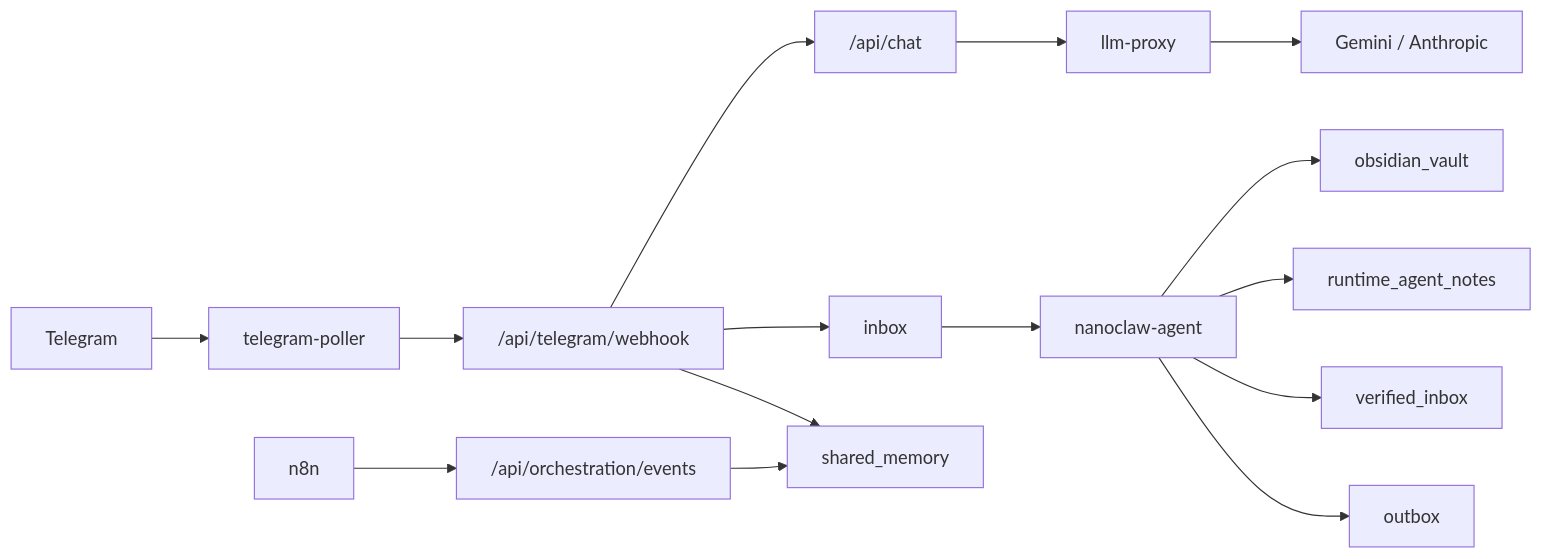
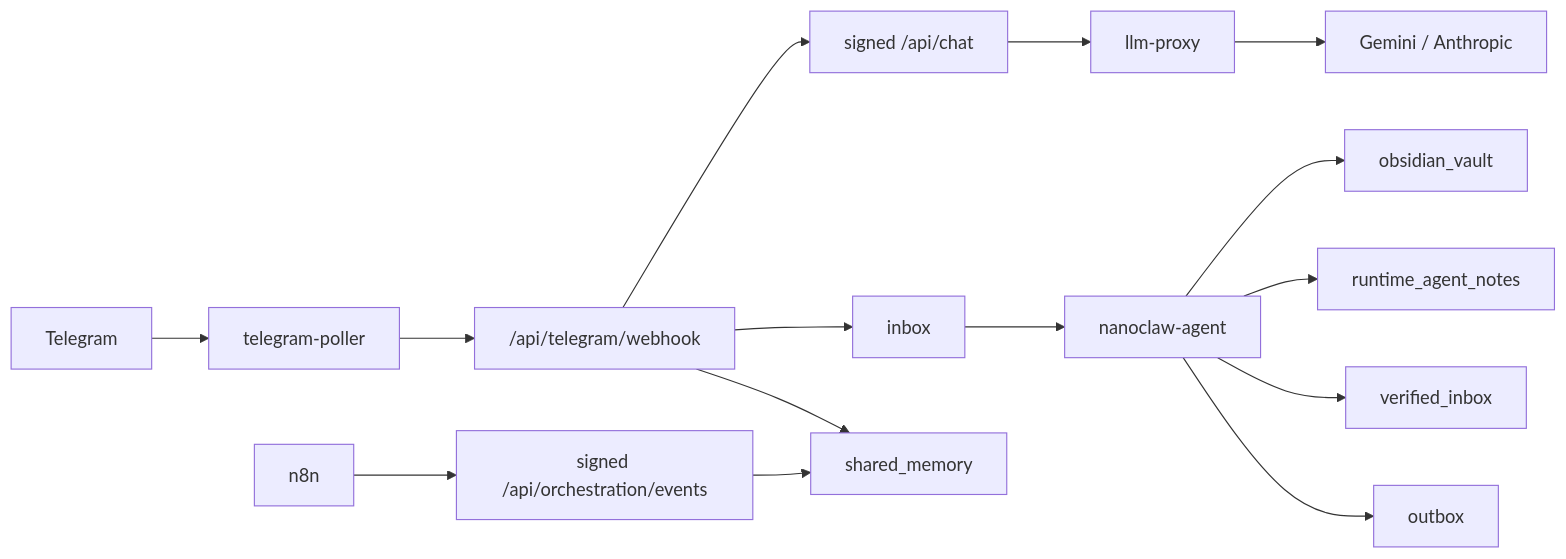
Before and after one commit to Merchantlee99/Personal-AI-agent-v2: the diagram in docs/IMPLEMENTATION_COVERAGE.md, drawn with Mermaid. The commit also changed other lines of this file and 8 other files, not shown here.

````diff
--- a/docs/IMPLEMENTATION_COVERAGE.md
+++ b/docs/IMPLEMENTATION_COVERAGE.md
@@ -45,13 +46,13 @@
 ```mermaid
 flowchart LR
   TG["Telegram"] --> TP["telegram-poller"] --> WEBHOOK["/api/telegram/webhook"]
-  WEBHOOK --> CHAT["/api/chat"] --> PX["llm-proxy"] --> LLM["Gemini / Anthropic"]
-  N8N["n8n"] --> ORCH["/api/orchestration/events"]
+  WEBHOOK --> CHAT["signed /api/chat"] --> PX["llm-proxy"] --> LLM["Gemini / Anthropic"]
+  N8N["n8n"] --> ORCH["signed /api/orchestration/events"]
   WEBHOOK --> INBOX["inbox"] --> AG["nanoclaw-agent"]
   AG --> VAULT["obsidian_vault"]
   AG --> RUNTIME["runtime_agent_notes"]
   AG --> VERIFIED["verified_inbox"]
   AG --> OUTBOX["outbox"]
   ORCH --> MEM["shared_memory"]
   WEBHOOK --> MEM
 ```
````
